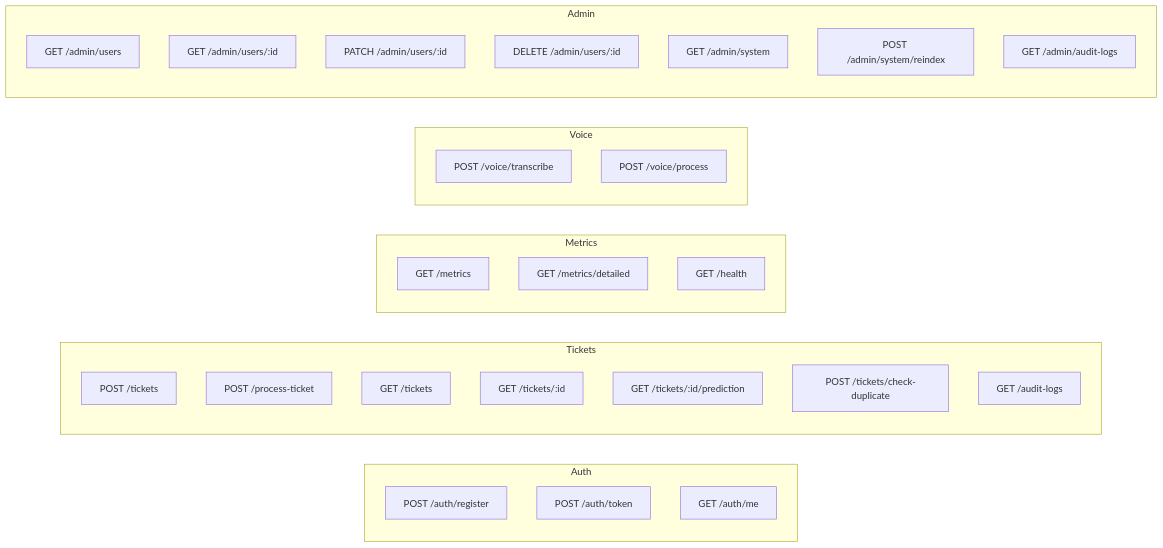
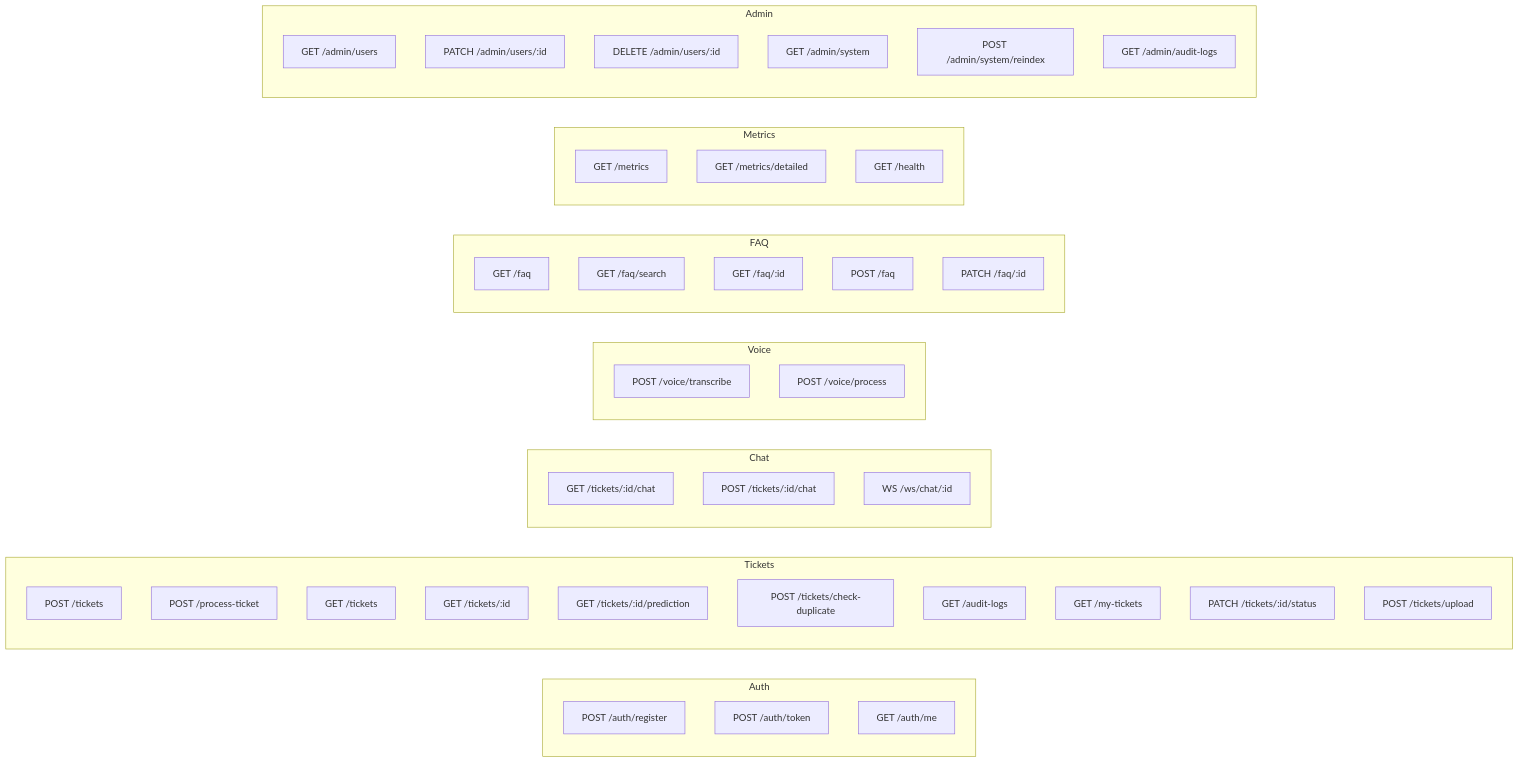
The ninth of 9 diagrams in README.md (nanduveera30-boop/AI-Ticket-System), drawn with Mermaid before and after one commit. The commit also changed other lines of this file and 62 other files, not shown here.

````diff
--- a/README.md
+++ b/README.md
@@ -219,39 +337,55 @@
 ```mermaid
 graph LR
     subgraph Auth
         A1[POST /auth/register]
         A2[POST /auth/token]
         A3[GET /auth/me]
     end
 
     subgraph Tickets
         T1[POST /tickets]
         T2[POST /process-ticket]
         T3[GET /tickets]
         T4[GET /tickets/:id]
         T5[GET /tickets/:id/prediction]
         T6[POST /tickets/check-duplicate]
         T7[GET /audit-logs]
+        T8[GET /my-tickets]
+        T9[PATCH /tickets/:id/status]
+        T10[POST /tickets/upload]
+    end
+
+    subgraph Chat
+        C1[GET /tickets/:id/chat]
+        C2[POST /tickets/:id/chat]
+        C3[WS /ws/chat/:id]
+    end
+
+    subgraph Voice
+        V1[POST /voice/transcribe]
+        V2[POST /voice/process]
+    end
+
+    subgraph FAQ
+        F1[GET /faq]
+        F2[GET /faq/search]
+        F3[GET /faq/:id]
+        F4[POST /faq]
+        F5[PATCH /faq/:id]
     end
 
     subgraph Metrics
         M1[GET /metrics]
         M2[GET /metrics/detailed]
         M3[GET /health]
     end
 
-    subgraph Voice
-        V1[POST /voice/transcribe]
-        V2[POST /voice/process]
-    end
-
     subgraph Admin
         AD1[GET /admin/users]
-        AD2[GET /admin/users/:id]
-        AD3[PATCH /admin/users/:id]
-        AD4[DELETE /admin/users/:id]
-        AD5[GET /admin/system]
-        AD6[POST /admin/system/reindex]
-        AD7[GET /admin/audit-logs]
+        AD2[PATCH /admin/users/:id]
+        AD3[DELETE /admin/users/:id]
+        AD4[GET /admin/system]
+        AD5[POST /admin/system/reindex]
+        AD6[GET /admin/audit-logs]
     end
 ```
````
